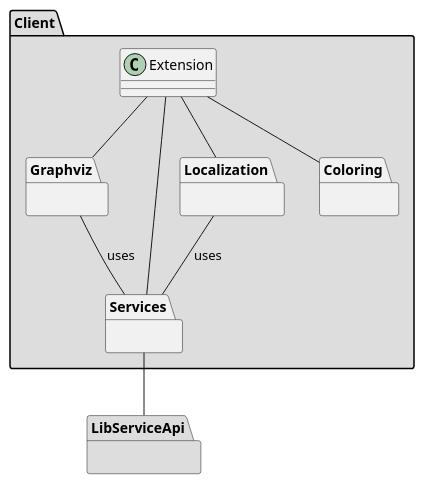
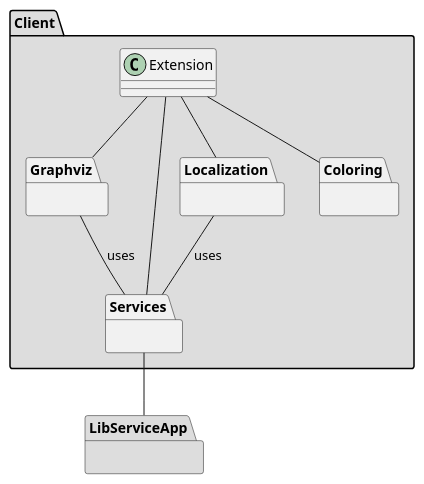
Before and after one commit to wolfj123/PolicyModelsPlugin: the diagram in diagrams/client/ClientMetaDiagram.puml, drawn with PlantUML.

```diff
--- a/diagrams/client/ClientMetaDiagram.puml
+++ b/diagrams/client/ClientMetaDiagram.puml
@@ -1,31 +1,31 @@
 @startuml
 
 package Client #DDDDDD {
 
     class Extension
 
     package Graphviz{}
 
     package Services{}
 
     package Localization {
     }
     package Coloring {
     }
    
     Extension -- Graphviz 
     Extension -- Services 
     Extension -- Localization 
     Extension -- Coloring
     Localization -- Services: uses
     Graphviz -- Services :uses
  
 }
 
-package LibServiceApi #DDDDDD{
+package LibServiceApp #DDDDDD{
 }
 
-Services -- LibServiceApi 
+Services -- LibServiceApp 
 
 
 @enduml
```
